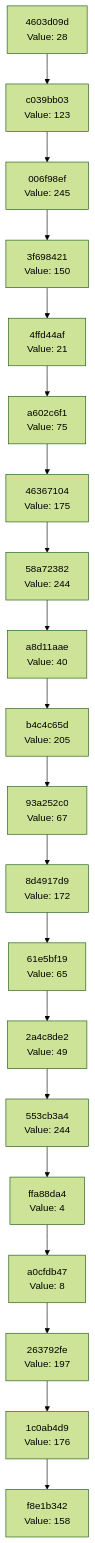
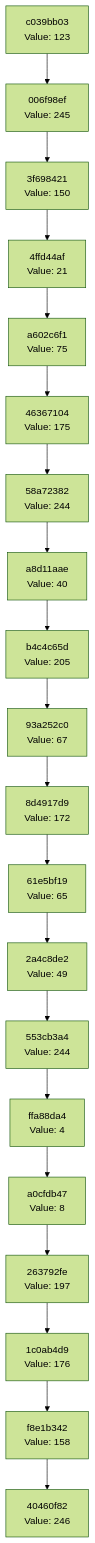
One commit to Abhisheksinha1506/hash-chain-evolver changed the diagram in docs/CHAIN_VISUALIZATION.md. Above: the diagram before and after it, drawn with Mermaid (forest theme). The commit also changed 2 other files, not shown here.

Commit message:
Evolution step: hash 0xF6 → action executed

````diff
--- a/docs/CHAIN_VISUALIZATION.md
+++ b/docs/CHAIN_VISUALIZATION.md
@@ -3,42 +3,42 @@
 ```mermaid
 graph TD
-    C0["f8e1b342<br/>Value: 158"]
-    C1["1c0ab4d9<br/>Value: 176"]
+    C0["40460f82<br/>Value: 246"]
+    C1["f8e1b342<br/>Value: 158"]
     C1 --> C0
-    C2["263792fe<br/>Value: 197"]
+    C2["1c0ab4d9<br/>Value: 176"]
     C2 --> C1
-    C3["a0cfdb47<br/>Value: 8"]
+    C3["263792fe<br/>Value: 197"]
     C3 --> C2
-    C4["ffa88da4<br/>Value: 4"]
+    C4["a0cfdb47<br/>Value: 8"]
     C4 --> C3
-    C5["553cb3a4<br/>Value: 244"]
+    C5["ffa88da4<br/>Value: 4"]
     C5 --> C4
-    C6["2a4c8de2<br/>Value: 49"]
+    C6["553cb3a4<br/>Value: 244"]
     C6 --> C5
-    C7["61e5bf19<br/>Value: 65"]
+    C7["2a4c8de2<br/>Value: 49"]
     C7 --> C6
-    C8["8d4917d9<br/>Value: 172"]
+    C8["61e5bf19<br/>Value: 65"]
     C8 --> C7
-    C9["93a252c0<br/>Value: 67"]
+    C9["8d4917d9<br/>Value: 172"]
     C9 --> C8
-    C10["b4c4c65d<br/>Value: 205"]
+    C10["93a252c0<br/>Value: 67"]
     C10 --> C9
-    C11["a8d11aae<br/>Value: 40"]
+    C11["b4c4c65d<br/>Value: 205"]
     C11 --> C10
-    C12["58a72382<br/>Value: 244"]
+    C12["a8d11aae<br/>Value: 40"]
     C12 --> C11
-    C13["46367104<br/>Value: 175"]
+    C13["58a72382<br/>Value: 244"]
     C13 --> C12
-    C14["a602c6f1<br/>Value: 75"]
+    C14["46367104<br/>Value: 175"]
     C14 --> C13
-    C15["4ffd44af<br/>Value: 21"]
+    C15["a602c6f1<br/>Value: 75"]
     C15 --> C14
-    C16["3f698421<br/>Value: 150"]
+    C16["4ffd44af<br/>Value: 21"]
     C16 --> C15
-    C17["006f98ef<br/>Value: 245"]
+    C17["3f698421<br/>Value: 150"]
     C17 --> C16
-    C18["c039bb03<br/>Value: 123"]
+    C18["006f98ef<br/>Value: 245"]
     C18 --> C17
-    C19["4603d09d<br/>Value: 28"]
+    C19["c039bb03<br/>Value: 123"]
     C19 --> C18
 ```
````
